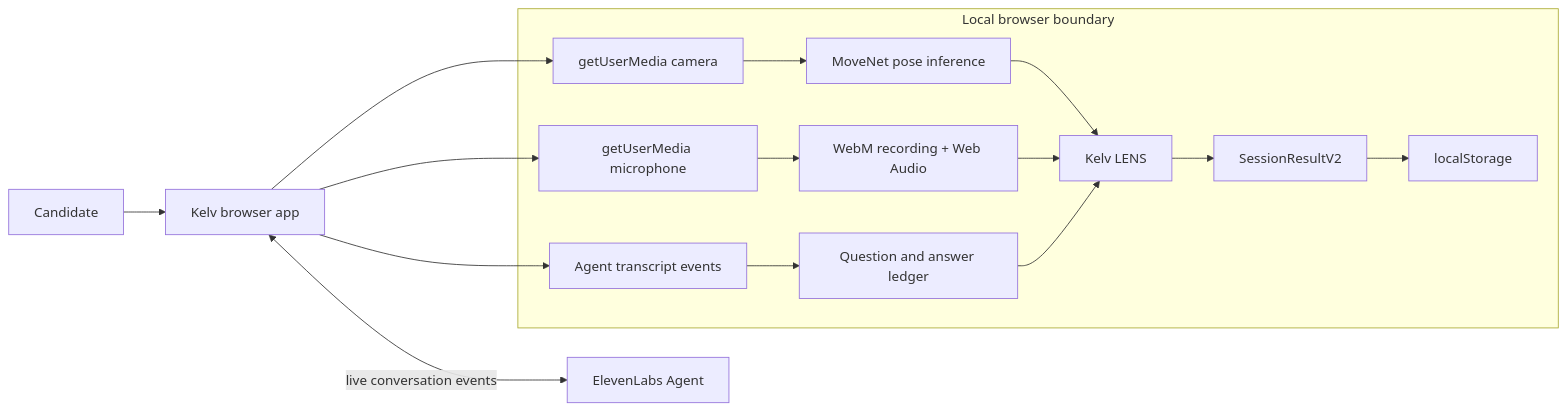
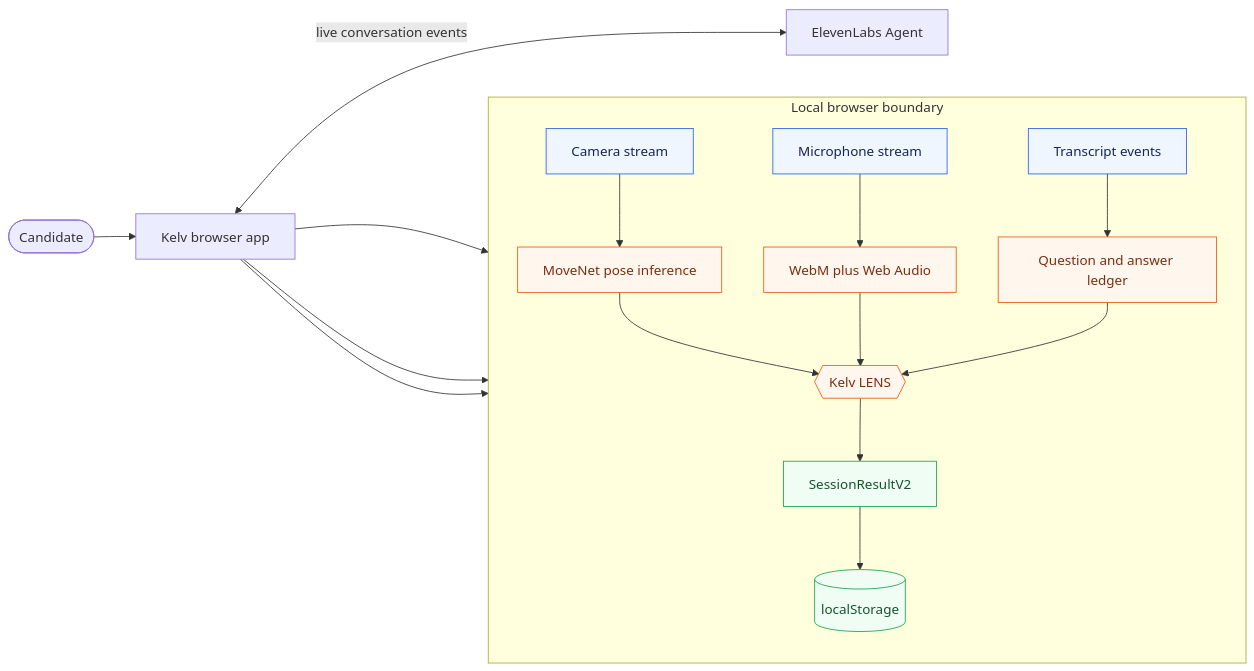
Before and after one commit to parthsharma234/kelv: the first of 3 diagrams in README.md, drawn with Mermaid. The commit also changed other lines of this file, not shown here.

Commit message:
Clarify README vision and voice flows

````diff
--- a/README.md
+++ b/README.md
@@ -41,19 +41,27 @@
 ```mermaid
 flowchart LR
-  User[Candidate] --> App[Kelv browser app]
+  User([Candidate]) --> App[Kelv browser app]
   App <-->|live conversation events| Agent[ElevenLabs Agent]
 
   subgraph Local[Local browser boundary]
-    Camera[getUserMedia camera] --> Pose[MoveNet pose inference]
-    Mic[getUserMedia microphone] --> Audio[WebM recording + Web Audio]
-    AgentEvents[Agent transcript events] --> Ledger[Question and answer ledger]
-    Pose --> Lens[Kelv LENS]
+    direction TB
+    Camera[Camera stream] --> Pose[MoveNet pose inference]
+    Mic[Microphone stream] --> Audio[WebM plus Web Audio]
+    Events[Transcript events] --> Ledger[Question and answer ledger]
+    Pose --> Lens{{Kelv LENS}}
     Audio --> Lens
     Ledger --> Lens
     Lens --> Result[SessionResultV2]
-    Result --> Store[localStorage]
+    Result --> Store[(localStorage)]
   end
   App --> Camera
   App --> Mic
-  App --> AgentEvents
+  App --> Events
+
+  classDef input fill:#eff6ff,stroke:#2563eb,color:#172554
+  classDef compute fill:#fff7ed,stroke:#ea580c,color:#7c2d12
+  classDef output fill:#f0fdf4,stroke:#16a34a,color:#14532d
+  class Camera,Mic,Events input
+  class Pose,Audio,Ledger,Lens compute
+  class Result,Store output
 ```
````
